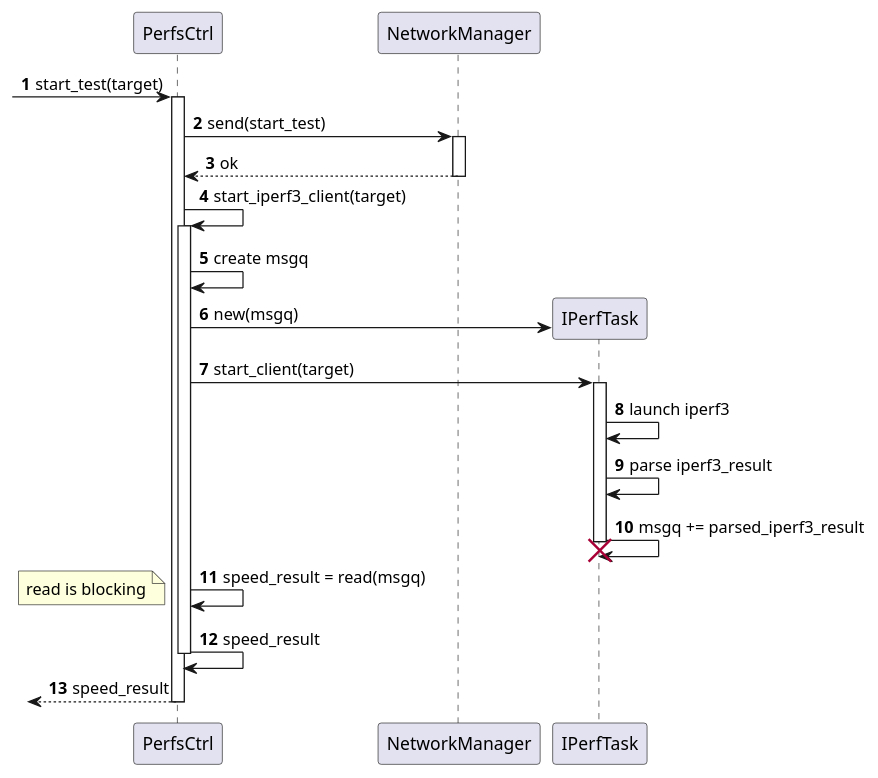
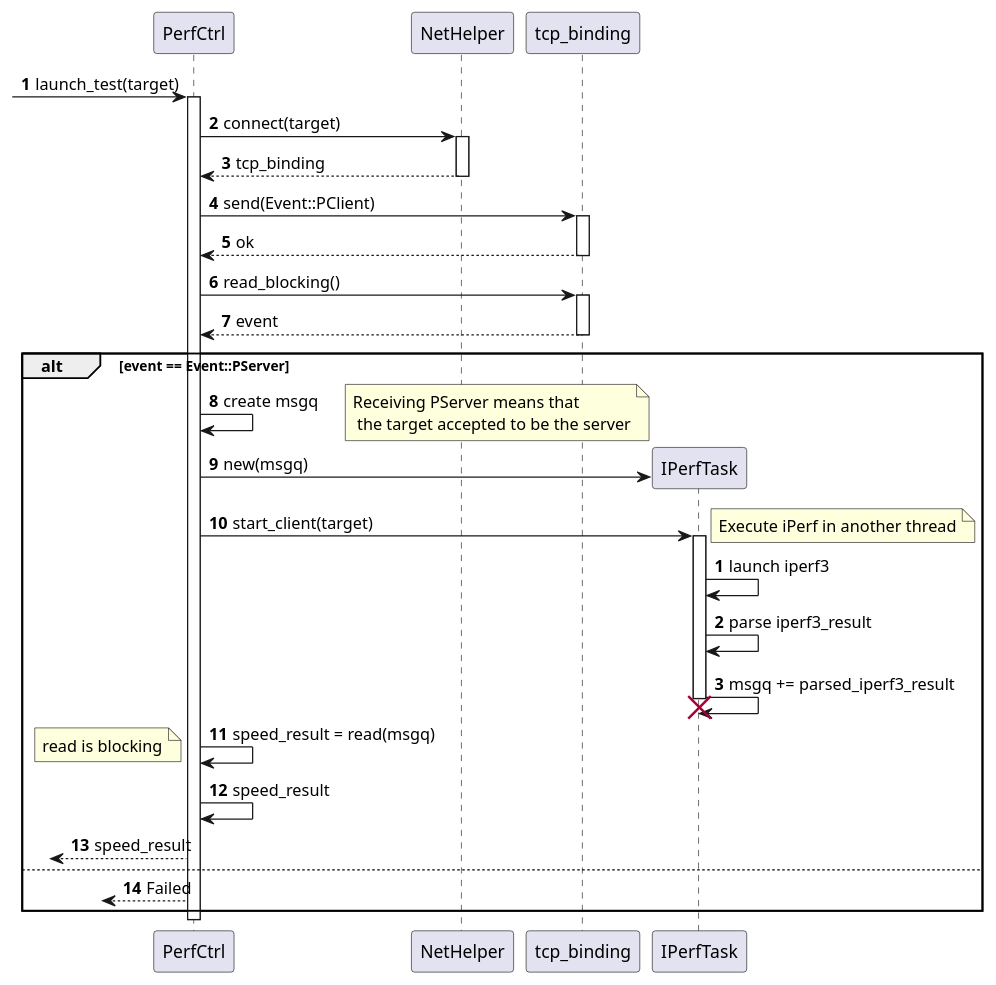
The diagram in cmanager/diagrams/perfsctrl/perfsctrl_start_test.puml (ag0st/kollaps), drawn with PlantUML before and after one commit. The commit also changed 34 other files, not shown here.

```diff
--- a/cmanager/diagrams/perfsctrl/perfsctrl_start_test.puml
+++ b/cmanager/diagrams/perfsctrl/perfsctrl_start_test.puml
@@ -1,39 +1,48 @@
 @startuml
 'https://plantuml.com/sequence-diagram
 
 autonumber
 
-?-> PerfsCtrl : start_test(target)
-activate PerfsCtrl
-PerfsCtrl -> NetworkManager : send(start_test)
-activate NetworkManager
-NetworkManager --> PerfsCtrl : ok
-deactivate NetworkManager
+?-> PerfCtrl : launch_test(target)
+activate PerfCtrl
+PerfCtrl -> NetHelper : connect(target)
+activate NetHelper
+NetHelper --> PerfCtrl : tcp_binding
+deactivate NetHelper
+PerfCtrl -> tcp_binding : send(Event::PClient)
+activate tcp_binding
+tcp_binding --> PerfCtrl : ok
+deactivate tcp_binding
 
-PerfsCtrl -> PerfsCtrl : start_iperf3_client(target)
-activate PerfsCtrl
+PerfCtrl -> tcp_binding : read_blocking()
+activate tcp_binding
+tcp_binding --> PerfCtrl : event
+deactivate tcp_binding
 
-PerfsCtrl -> PerfsCtrl : create msgq
-create IPerfTask
-PerfsCtrl -> IPerfTask : new(msgq)
-PerfsCtrl -> IPerfTask : start_client(target)
+alt event == Event::PServer
+    PerfCtrl -> PerfCtrl : create msgq
+    note right : Receiving PServer means that \n the target accepted to be the server
+    create IPerfTask
+    PerfCtrl -> IPerfTask : new(msgq)
+    PerfCtrl -> IPerfTask : start_client(target)
 
+    autonumber 1
+    activate IPerfTask
+    note right : Execute iPerf in another thread
+    IPerfTask -> IPerfTask : launch iperf3
+    IPerfTask -> IPerfTask : parse iperf3_result
+    IPerfTask -> IPerfTask : msgq += parsed_iperf3_result
+    deactivate IPerfTask
 
-activate IPerfTask
-IPerfTask -> IPerfTask : launch iperf3
-IPerfTask -> IPerfTask : parse iperf3_result
-IPerfTask -> IPerfTask : msgq += parsed_iperf3_result
-deactivate IPerfTask
+    destroy IPerfTask
 
-destroy IPerfTask
-
-PerfsCtrl -> PerfsCtrl : speed_result = read(msgq)
-note left : read is blocking
-
-PerfsCtrl -> PerfsCtrl : speed_result
-
-deactivate PerfsCtrl
-
-?<--PerfsCtrl : speed_result
-deactivate PerfsCtrl
+    autonumber 11
+    PerfCtrl -> PerfCtrl : speed_result = read(msgq)
+    note left : read is blocking
+        PerfCtrl -> PerfCtrl : speed_result
+    ?<--PerfCtrl : speed_result
+else
+    ?<--PerfCtrl : Failed
+end
+deactivate PerfCtrl
 @enduml
```
